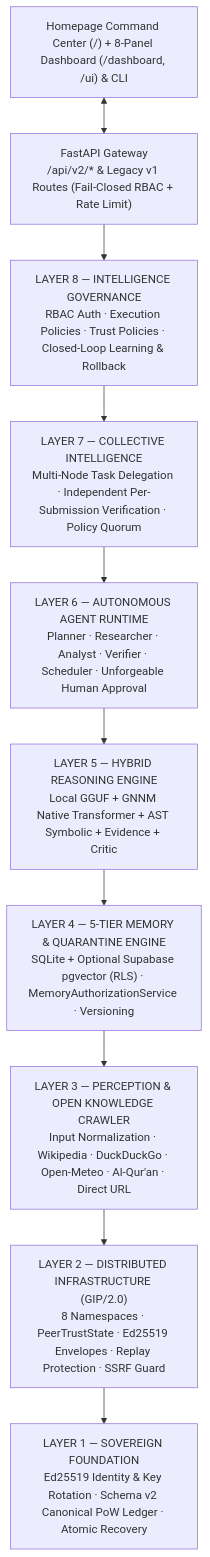
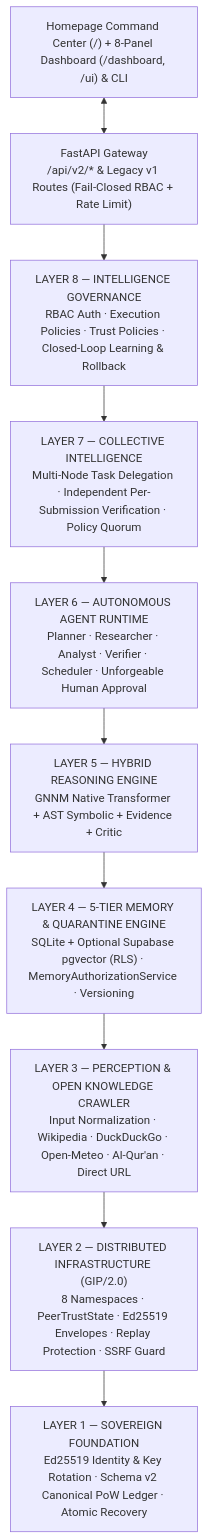
The diagram in README.md (hoed/gajahmada-ai), drawn with Mermaid before and after one commit. The commit also changed other lines of this file and 6 other files, not shown here.

````diff
--- a/README.md
+++ b/README.md
@@ -86,12 +86,12 @@
 ```mermaid
 flowchart TD
     UI["Homepage Command Center (/) + 8-Panel Dashboard (/dashboard, /ui) & CLI"] <--> API["FastAPI Gateway<br/>/api/v2/* & Legacy v1 Routes (Fail-Closed RBAC + Rate Limit)"]
     API --> L8["LAYER 8 — INTELLIGENCE GOVERNANCE<br/>RBAC Auth · Execution Policies · Trust Policies · Closed-Loop Learning & Rollback"]
     L8 --> L7["LAYER 7 — COLLECTIVE INTELLIGENCE<br/>Multi-Node Task Delegation · Independent Per-Submission Verification · Policy Quorum"]
     L7 --> L6["LAYER 6 — AUTONOMOUS AGENT RUNTIME<br/>Planner · Researcher · Analyst · Verifier · Scheduler · Unforgeable Human Approval"]
-    L6 --> L5["LAYER 5 — HYBRID REASONING ENGINE<br/>Local GGUF + GNNM Native Transformer + AST Symbolic + Evidence + Critic"]
+    L6 --> L5["LAYER 5 — HYBRID REASONING ENGINE<br/>GNNM Native Transformer + AST Symbolic + Evidence + Critic"]
     L5 --> L4["LAYER 4 — 5-TIER MEMORY & QUARANTINE ENGINE<br/>SQLite + Optional Supabase pgvector (RLS) · MemoryAuthorizationService · Versioning"]
     L4 --> L3["LAYER 3 — PERCEPTION & OPEN KNOWLEDGE CRAWLER<br/>Input Normalization · Wikipedia · DuckDuckGo · Open-Meteo · Al-Qur'an · Direct URL"]
     L3 --> L2["LAYER 2 — DISTRIBUTED INFRASTRUCTURE (GIP/2.0)<br/>8 Namespaces · PeerTrustState · Ed25519 Envelopes · Replay Protection · SSRF Guard"]
     L2 --> L1["LAYER 1 — SOVEREIGN FOUNDATION<br/>Ed25519 Identity & Key Rotation · Schema v2 Canonical PoW Ledger · Atomic Recovery"]
 ```
````
